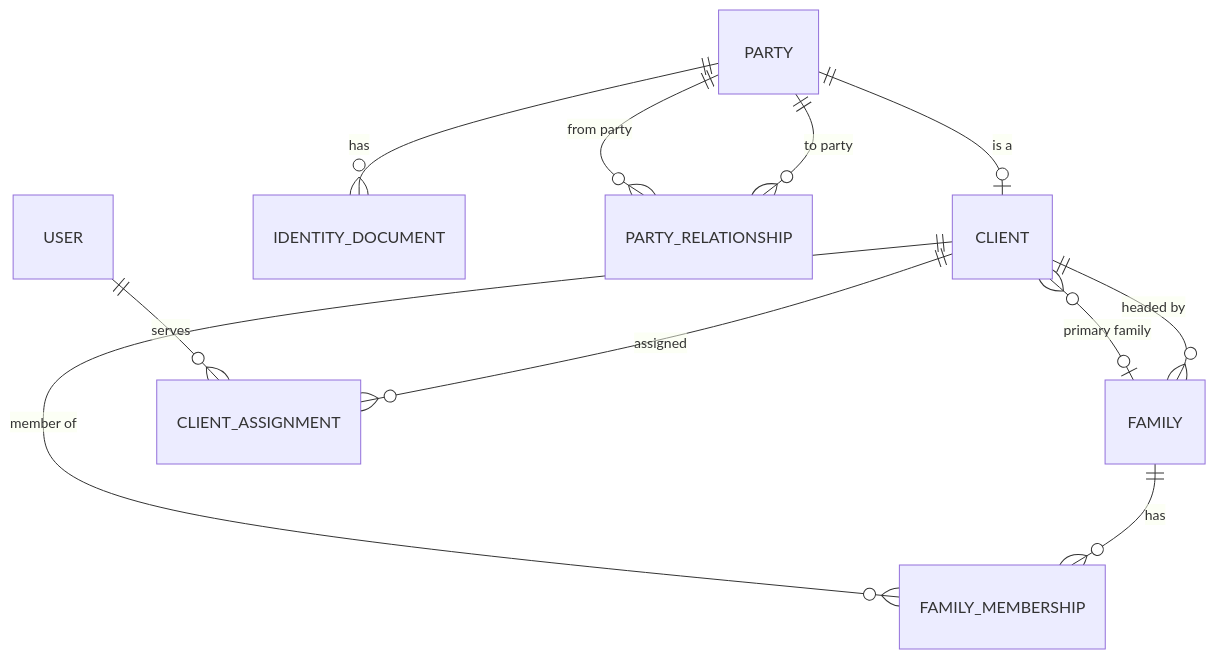
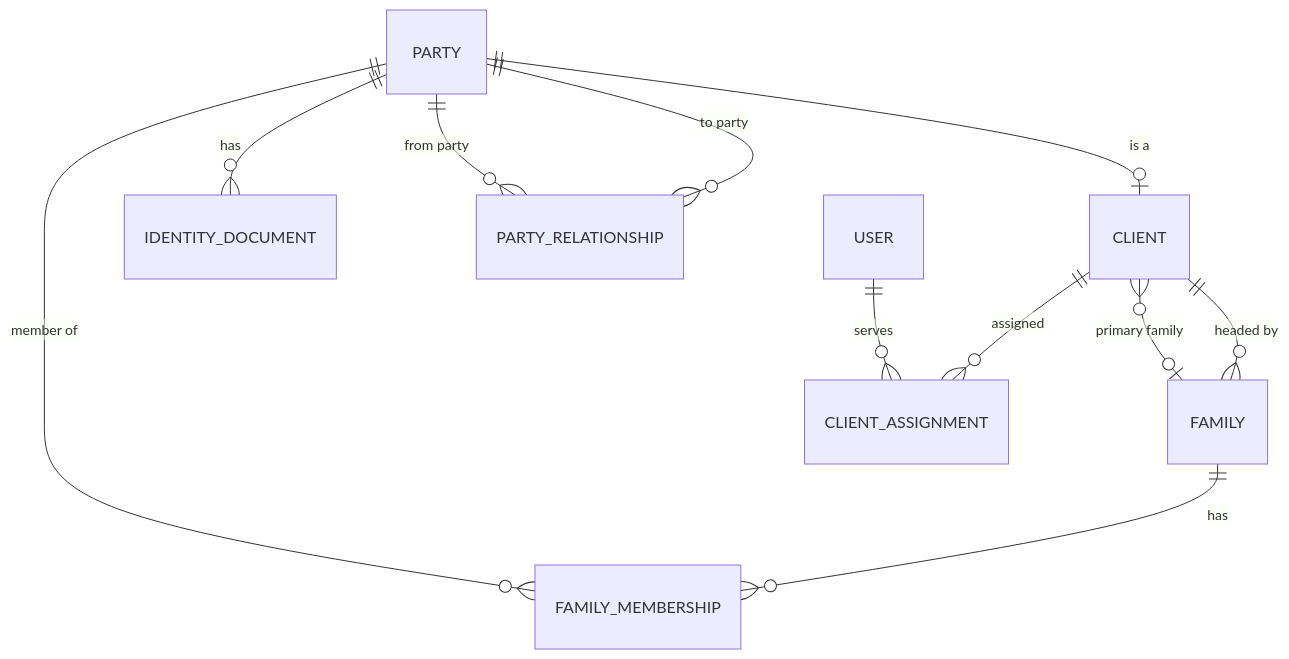
The first of 2 diagrams in docs/03-data-model/erd.md (knapsfs/dhanada), drawn with Mermaid before and after one commit. The commit also changed other lines of this file and 35 other files, not shown here.

````diff
--- a/docs/03-data-model/erd.md
+++ b/docs/03-data-model/erd.md
@@ -9,13 +9,13 @@
 ```mermaid
 erDiagram
     PARTY ||--o| CLIENT : "is a"
     PARTY ||--o{ IDENTITY_DOCUMENT : has
     PARTY ||--o{ PARTY_RELATIONSHIP : "from party"
     PARTY ||--o{ PARTY_RELATIONSHIP : "to party"
-    CLIENT ||--o{ FAMILY_MEMBERSHIP : "member of"
+    PARTY ||--o{ FAMILY_MEMBERSHIP : "member of"
     FAMILY ||--o{ FAMILY_MEMBERSHIP : has
     FAMILY }o--|| CLIENT : "headed by"
     CLIENT }o--o| FAMILY : "primary family"
     USER ||--o{ CLIENT_ASSIGNMENT : "serves"
     CLIENT ||--o{ CLIENT_ASSIGNMENT : "assigned"
 ```
````
